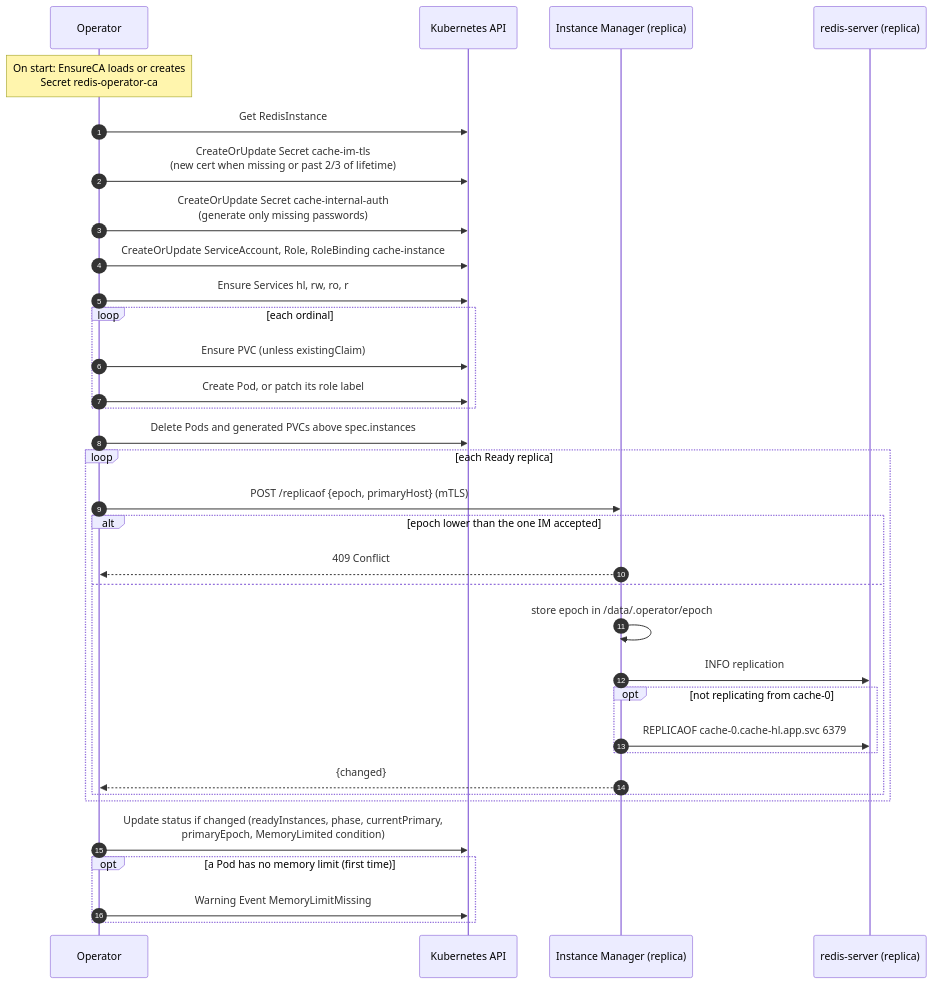
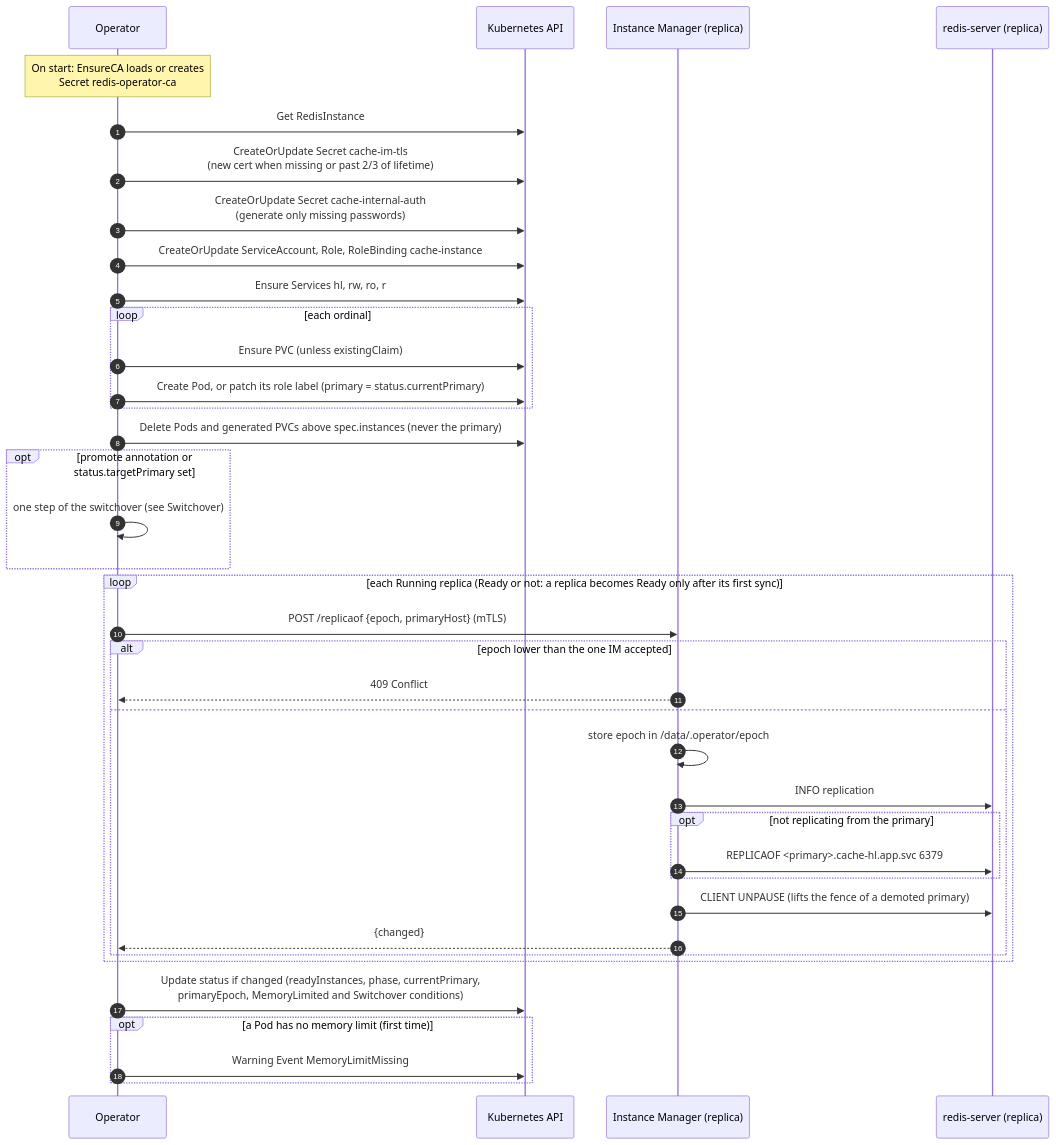
The sixth of 6 diagrams in docs/architecture.md (MrPickle311/redis-operator), drawn with Mermaid before and after one commit. The commit also changed other lines of this file and 1 other file, not shown here.

Commit message:
Enhance Redis Operator documentation with detailed switchover steps, fencing logic, replication flow, and volume management policies

````diff
--- a/docs/architecture.md
+++ b/docs/architecture.md
@@ -246,37 +329,41 @@
 ```mermaid
 sequenceDiagram
     autonumber
     participant OP as Operator
     participant API as Kubernetes API
     participant IM as Instance Manager (replica)
     participant RS as redis-server (replica)
 
     Note over OP: On start: EnsureCA loads or creates<br/>Secret redis-operator-ca
     OP->>API: Get RedisInstance
     OP->>API: CreateOrUpdate Secret cache-im-tls<br/>(new cert when missing or past 2/3 of lifetime)
     OP->>API: CreateOrUpdate Secret cache-internal-auth<br/>(generate only missing passwords)
     OP->>API: CreateOrUpdate ServiceAccount, Role, RoleBinding cache-instance
     OP->>API: Ensure Services hl, rw, ro, r
     loop each ordinal
         OP->>API: Ensure PVC (unless existingClaim)
-        OP->>API: Create Pod, or patch its role label
+        OP->>API: Create Pod, or patch its role label (primary = status.currentPrimary)
     end
-    OP->>API: Delete Pods and generated PVCs above spec.instances
-    loop each Ready replica
+    OP->>API: Delete Pods and generated PVCs above spec.instances (never the primary)
+    opt promote annotation or status.targetPrimary set
+        OP->>OP: one step of the switchover (see Switchover)
+    end
+    loop each Running replica (Ready or not: a replica becomes Ready only after its first sync)
         OP->>IM: POST /replicaof {epoch, primaryHost} (mTLS)
         alt epoch lower than the one IM accepted
             IM-->>OP: 409 Conflict
         else
             IM->>IM: store epoch in /data/.operator/epoch
             IM->>RS: INFO replication
-            opt not replicating from cache-0
-                IM->>RS: REPLICAOF cache-0.cache-hl.app.svc 6379
+            opt not replicating from the primary
+                IM->>RS: REPLICAOF <primary>.cache-hl.app.svc 6379
             end
+            IM->>RS: CLIENT UNPAUSE (lifts the fence of a demoted primary)
             IM-->>OP: {changed}
         end
     end
-    OP->>API: Update status if changed (readyInstances, phase, currentPrimary,<br/>primaryEpoch, MemoryLimited condition)
+    OP->>API: Update status if changed (readyInstances, phase, currentPrimary,<br/>primaryEpoch, MemoryLimited and Switchover conditions)
     opt a Pod has no memory limit (first time)
         OP->>API: Warning Event MemoryLimitMissing
     end
 ```
````
